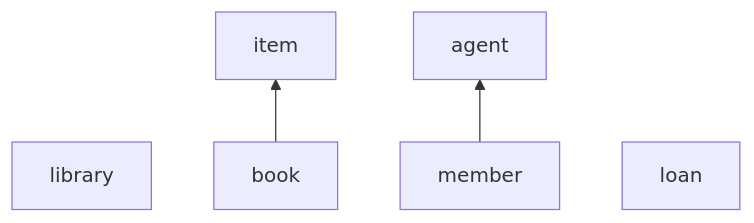
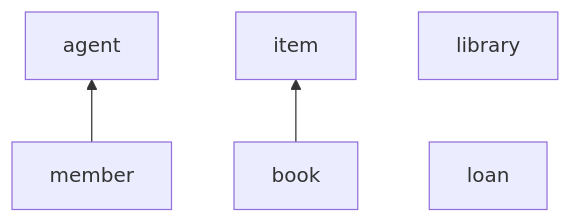
One commit to belaboros/UserManualAndDomainAssistant changed the first of 3 diagrams in tools/domain-model/example/generated/level-1.md. Above: the diagram before and after it, drawn with Mermaid. The commit also changed 39 other files, not shown here.

````diff
--- a/tools/domain-model/example/generated/level-1.md
+++ b/tools/domain-model/example/generated/level-1.md
@@ -80,11 +13,12 @@
 ```mermaid
 flowchart BT
-    Library["library"]
+    Agent["agent"]
+    Member["member"]
     Item["item"]
     Book["book"]
-    Agent["agent"]
-    Member["member"]
+    Library["library"]
     Loan["loan"]
     Book --> Item
     Member --> Agent
+    Loan ~~~ Library
 ```
````
